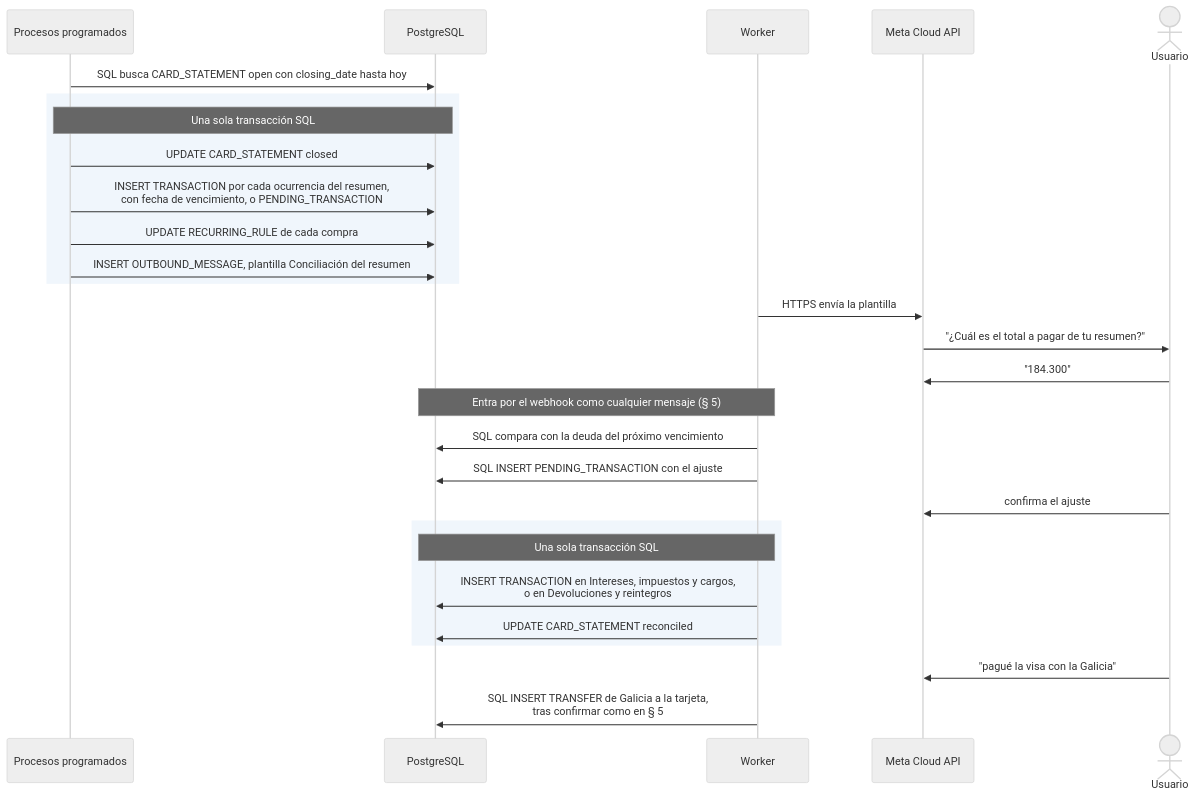
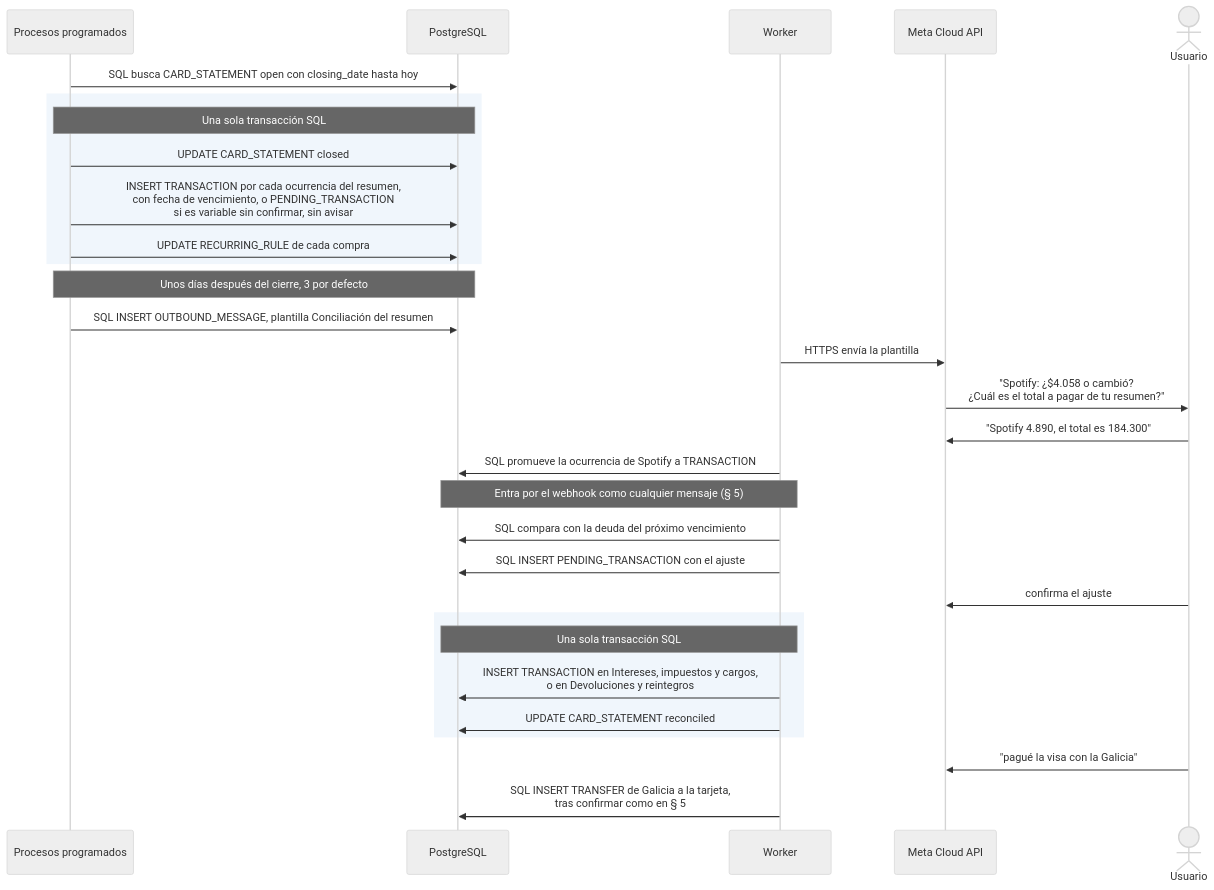
The sixth of 9 diagrams in docs/recorrido-completo.md (verozacarias-prog/AI4Devs-finalproject), drawn with Mermaid (neutral theme) before and after one commit. The commit also changed other lines of this file and 7 other files, not shown here.

````diff
--- a/docs/recorrido-completo.md
+++ b/docs/recorrido-completo.md
@@ -258,31 +262,33 @@
 ```mermaid
 sequenceDiagram
     participant S as Procesos programados
     participant DB as PostgreSQL
     participant W as Worker
     participant M as Meta Cloud API
     actor U as Usuario
 
     S->>DB: SQL busca CARD_STATEMENT open con closing_date hasta hoy
     rect rgb(240, 246, 252)
         Note over S,DB: Una sola transacción SQL
         S->>DB: UPDATE CARD_STATEMENT closed
-        S->>DB: INSERT TRANSACTION por cada ocurrencia del resumen,<br/>con fecha de vencimiento, o PENDING_TRANSACTION
+        S->>DB: INSERT TRANSACTION por cada ocurrencia del resumen,<br/>con fecha de vencimiento, o PENDING_TRANSACTION<br/>si es variable sin confirmar, sin avisar
         S->>DB: UPDATE RECURRING_RULE de cada compra
-        S->>DB: INSERT OUTBOUND_MESSAGE, plantilla Conciliación del resumen
     end
+    Note over S,DB: Unos días después del cierre, 3 por defecto
+    S->>DB: SQL INSERT OUTBOUND_MESSAGE, plantilla Conciliación del resumen
     W->>M: HTTPS envía la plantilla
-    M->>U: "¿Cuál es el total a pagar de tu resumen?"
-    U->>M: "184.300"
+    M->>U: "Spotify: ¿$4.058 o cambió?<br/>¿Cuál es el total a pagar de tu resumen?"
+    U->>M: "Spotify 4.890, el total es 184.300"
+    W->>DB: SQL promueve la ocurrencia de Spotify a TRANSACTION
     Note over W,DB: Entra por el webhook como cualquier mensaje (§ 5)
     W->>DB: SQL compara con la deuda del próximo vencimiento
     W->>DB: SQL INSERT PENDING_TRANSACTION con el ajuste
     U->>M: confirma el ajuste
     rect rgb(240, 246, 252)
         Note over W,DB: Una sola transacción SQL
         W->>DB: INSERT TRANSACTION en Intereses, impuestos y cargos,<br/>o en Devoluciones y reintegros
         W->>DB: UPDATE CARD_STATEMENT reconciled
     end
     U->>M: "pagué la visa con la Galicia"
     W->>DB: SQL INSERT TRANSFER de Galicia a la tarjeta,<br/>tras confirmar como en § 5
 ```
````
